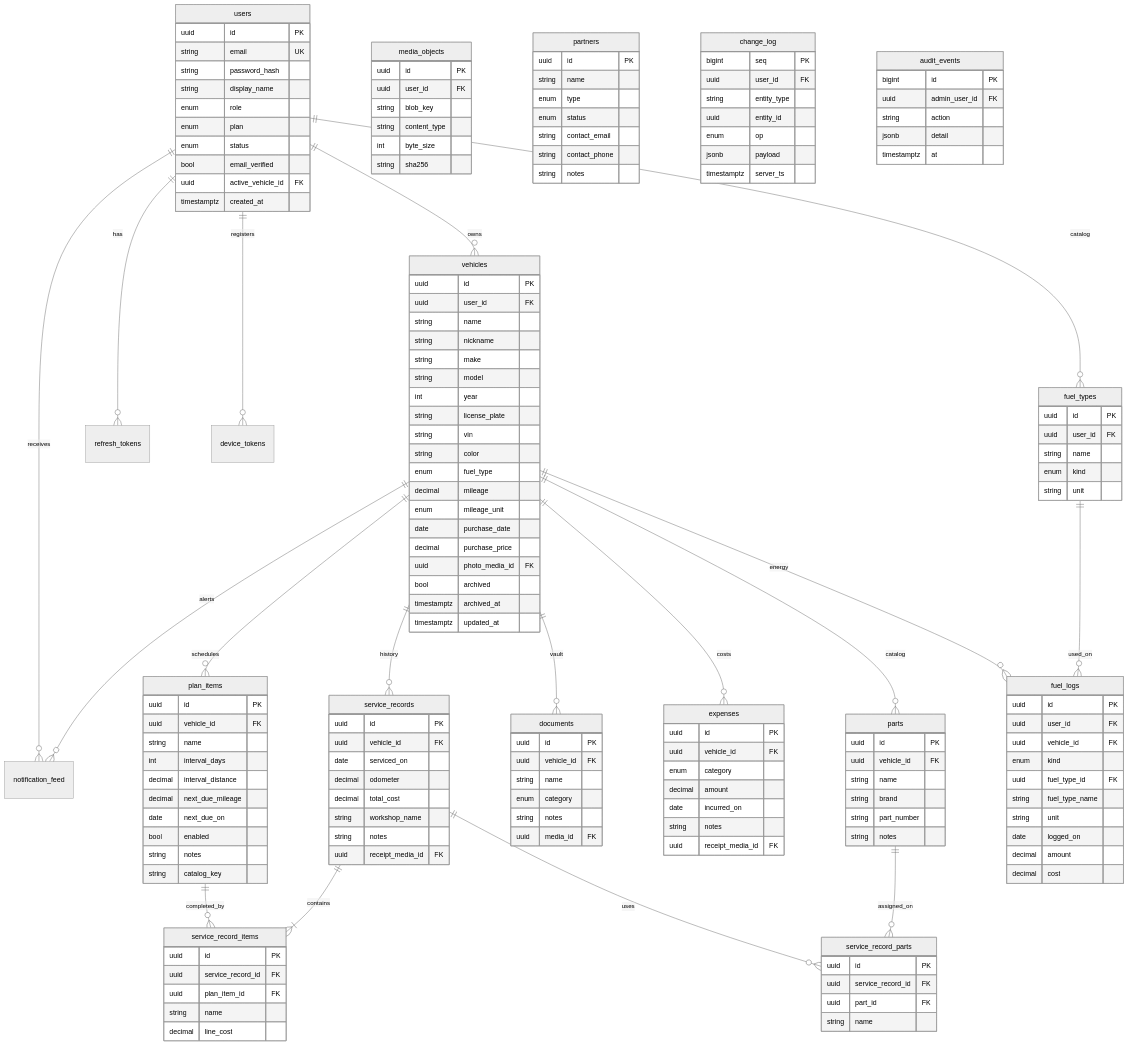
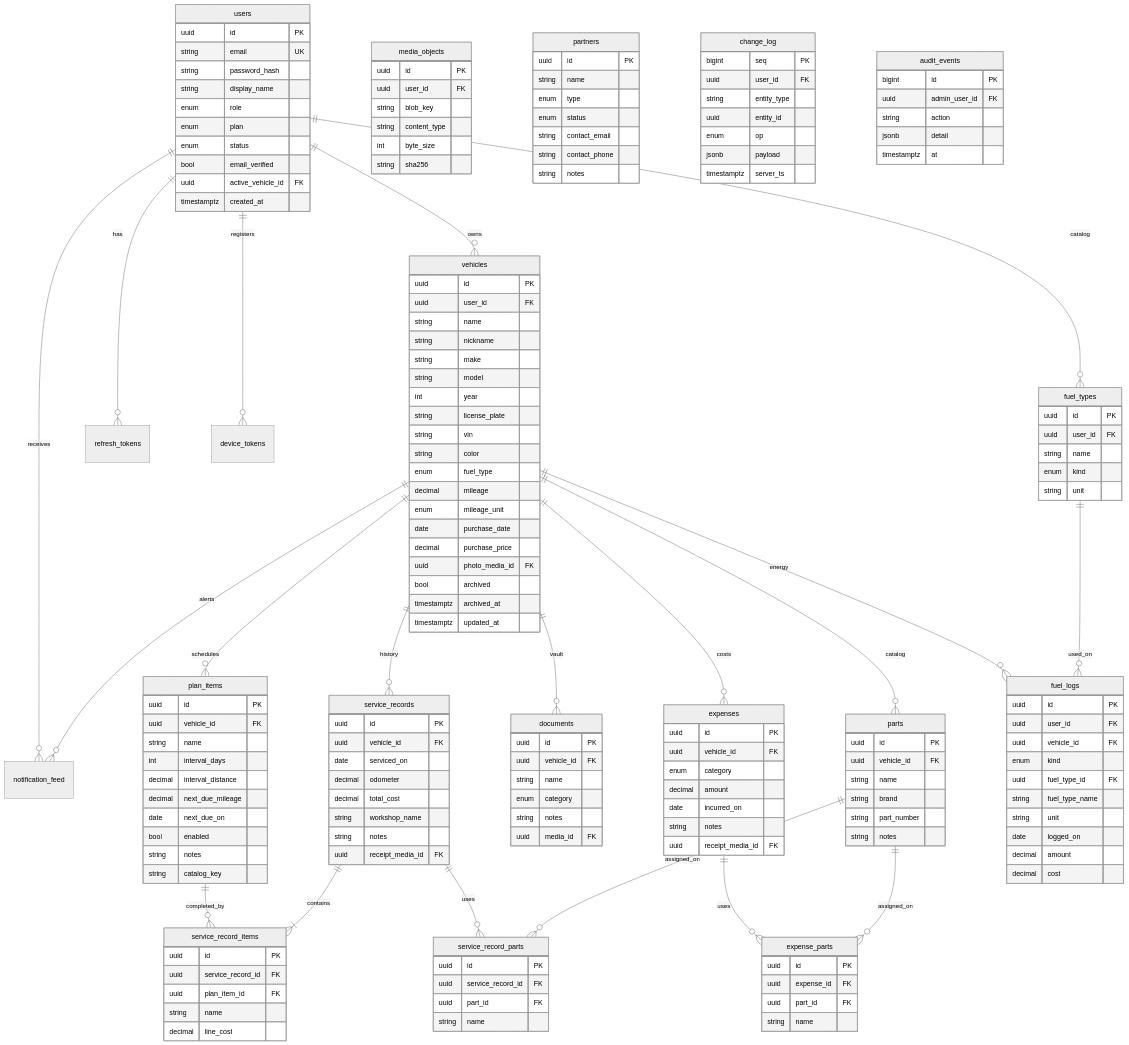
The diagram in architecture/data-model.md (aungkyawphyoe/dco-platform), drawn with Mermaid (neutral theme) before and after one commit. The commit also changed other lines of this file and 27 other files, not shown here.

```diff
--- a/architecture/data-model.md
+++ b/architecture/data-model.md
@@ -34,6 +34,8 @@
   vehicles ||--o{ documents : vault
   vehicles ||--o{ expenses : costs
   vehicles ||--o{ parts : catalog
+  expenses ||--o{ expense_parts : uses
+  parts ||--o{ expense_parts : assigned_on
   vehicles ||--o{ fuel_logs : energy
   vehicles ||--o{ notification_feed : alerts
   vehicles {
@@ -151,6 +153,13 @@
     uuid receipt_media_id FK
   }
 
+  expense_parts {
+    uuid id PK
+    uuid expense_id FK
+    uuid part_id FK
+    string name
+  }
+
   media_objects {
     uuid id PK
     uuid user_id FK
```
